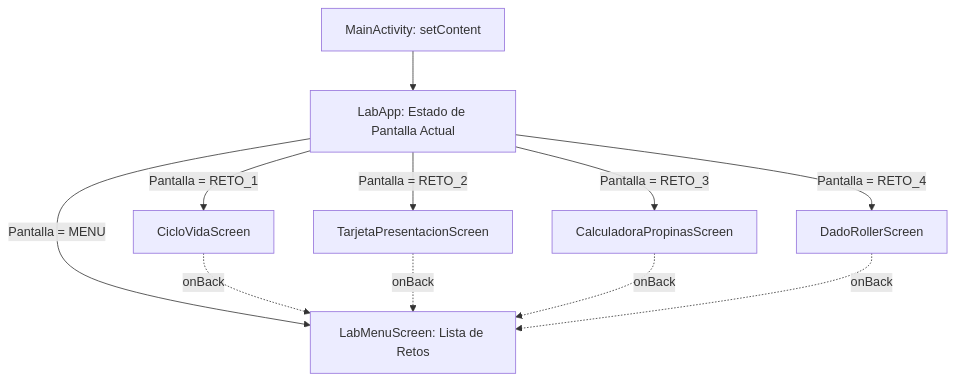
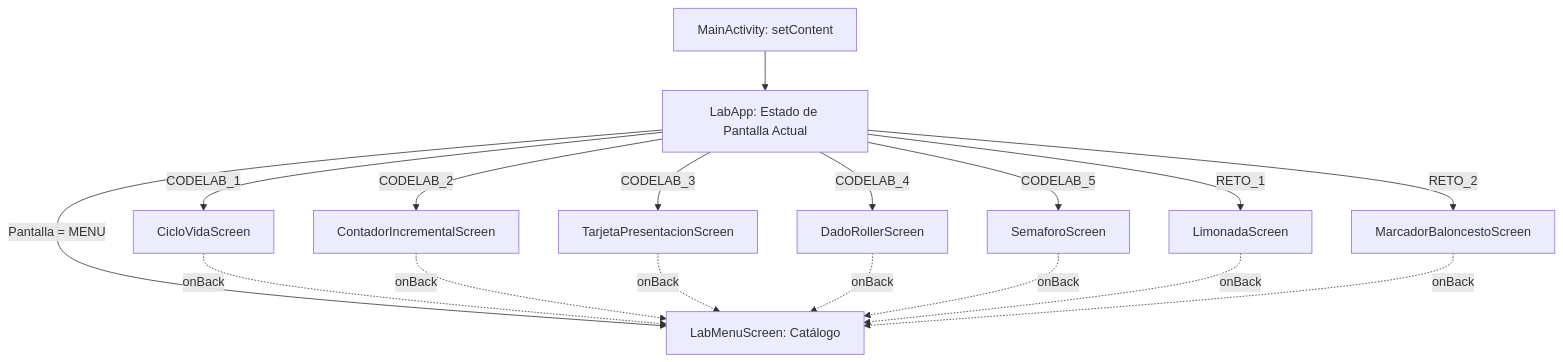
One commit to jssdocente/pmdm2627d changed the first of 2 diagrams in docs/temas/02/2.4-laboratorio-retos.md. Above: the diagram before and after it, drawn with Mermaid. The commit also changed other lines of this file and 14 other files, not shown here.

````diff
--- a/docs/temas/02/2.4-laboratorio-retos.md
+++ b/docs/temas/02/2.4-laboratorio-retos.md
@@ -11,14 +16,20 @@
 ```mermaid
 graph TD
     M[MainActivity: setContent] --> A[LabApp: Estado de Pantalla Actual]
-    A -->|Pantalla = MENU| B[LabMenuScreen: Lista de Retos]
-    A -->|Pantalla = RETO_1| C[CicloVidaScreen]
-    A -->|Pantalla = RETO_2| D[TarjetaPresentacionScreen]
-    A -->|Pantalla = RETO_3| E[CalculadoraPropinasScreen]
-    A -->|Pantalla = RETO_4| F[DadoRollerScreen]
+    A -->|Pantalla = MENU| B[LabMenuScreen: Catálogo]
+    A -->|CODELAB_1| C1[CicloVidaScreen]
+    A -->|CODELAB_2| C2[ContadorIncrementalScreen]
+    A -->|CODELAB_3| C3[TarjetaPresentacionScreen]
+    A -->|CODELAB_4| C4[DadoRollerScreen]
+    A -->|CODELAB_5| C5[SemaforoScreen]
+    A -->|RETO_1| R1[LimonadaScreen]
+    A -->|RETO_2| R2[MarcadorBaloncestoScreen]
 
-    C -.->|onBack| B
-    D -.->|onBack| B
-    E -.->|onBack| B
-    F -.->|onBack| B
+    C1 -.->|onBack| B
+    C2 -.->|onBack| B
+    C3 -.->|onBack| B
+    C4 -.->|onBack| B
+    C5 -.->|onBack| B
+    R1 -.->|onBack| B
+    R2 -.->|onBack| B
 ```
````
